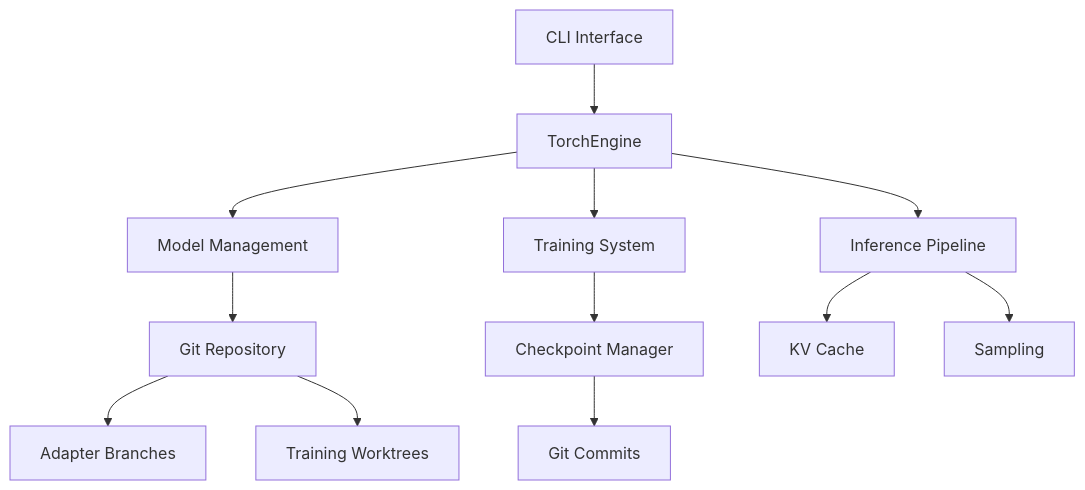
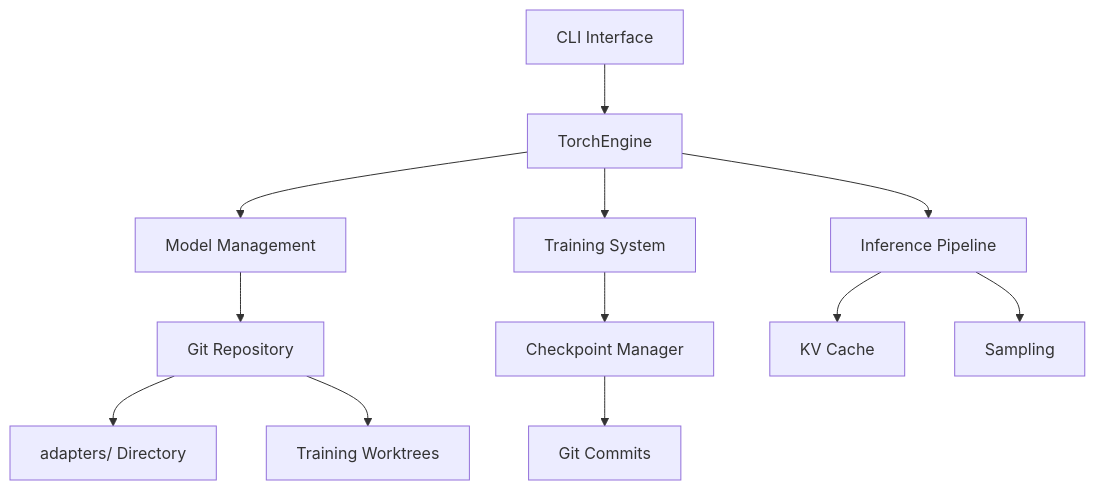
One commit to hyprstream/hyprstream changed the diagram in README.md. Above: the diagram before and after it, drawn with Mermaid. The commit also changed other lines of this file and 28 other files, not shown here.

````diff
--- a/README.md
+++ b/README.md
@@ -275,17 +275,17 @@
 ```mermaid
 graph TD
     CLI[CLI Interface] --> Engine[TorchEngine]
     Engine --> Models[Model Management]
     Engine --> Training[Training System]
 
     Models --> Git[Git Repository]
-    Git --> Branches[Adapter Branches]
+    Git --> Adapters[adapters/ Directory]
     Git --> Worktrees[Training Worktrees]
 
     Training --> Checkpoint[Checkpoint Manager]
     Checkpoint --> GitCommit[Git Commits]
 
     Engine --> Inference[Inference Pipeline]
     Inference --> KVCache[KV Cache]
     Inference --> Sampling[Sampling]
 ```
````
